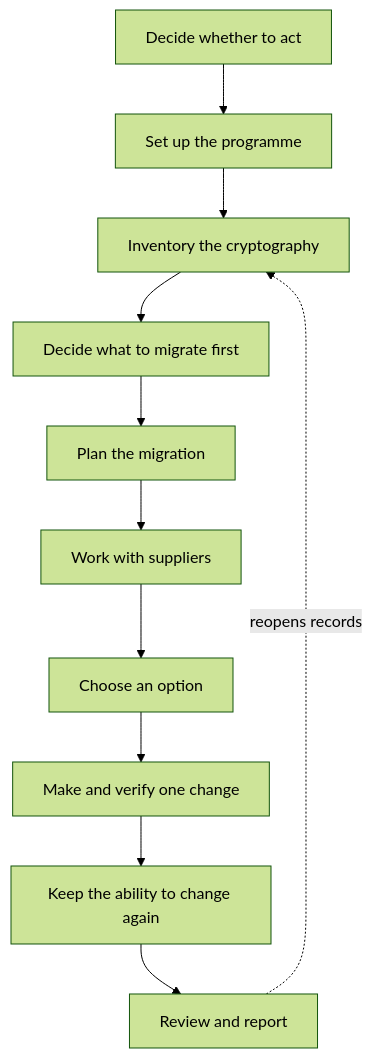
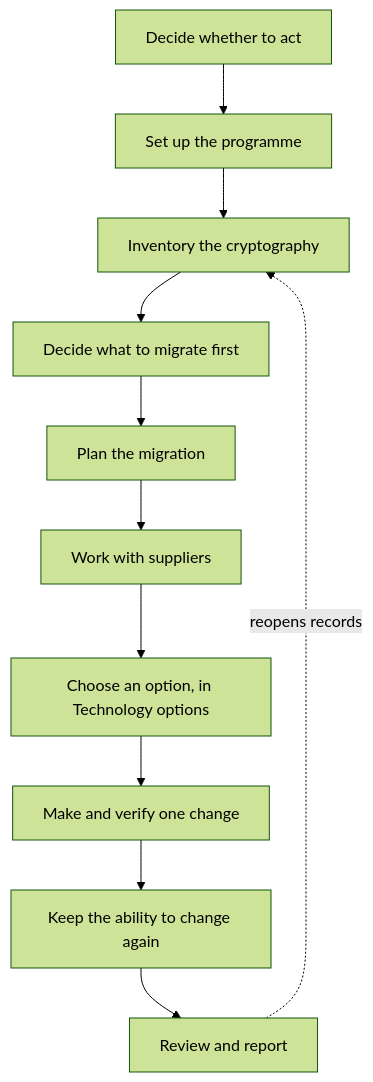
The diagram in docs/migration-practices/index.md (pqc-community/handbook), drawn with Mermaid (forest theme) before and after one commit. The commit also changed other lines of this file and 7 other files, not shown here.

````diff
--- a/docs/migration-practices/index.md
+++ b/docs/migration-practices/index.md
@@ -12,13 +13,13 @@
 ```mermaid
 flowchart TD
     D[Decide whether to act] --> P[Set up the programme]
     P --> I[Inventory the cryptography]
     I --> R[Decide what to migrate first]
     R --> PL[Plan the migration]
     PL --> S[Work with suppliers]
-    S --> O[Choose an option]
+    S --> O[Choose an option, in Technology options]
     O --> M[Make and verify one change]
     M --> A[Keep the ability to change again]
     A --> V[Review and report]
     V -.->|reopens records| I
 ```
````
